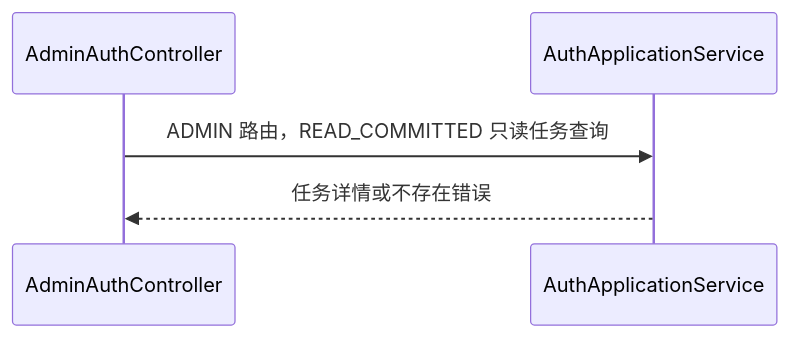
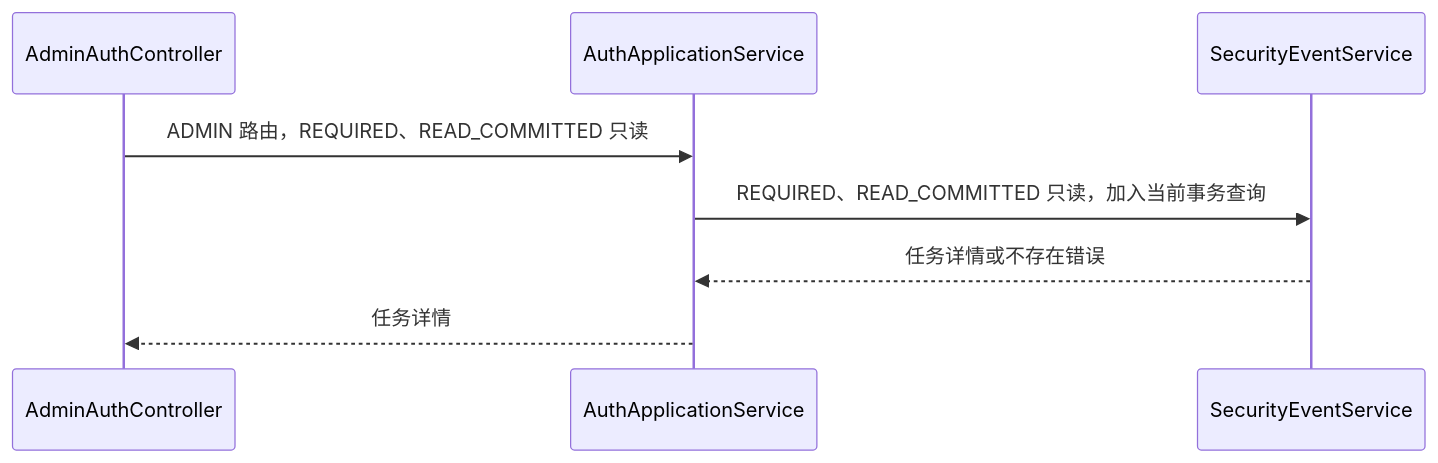
One commit to Kylinlixd/suno changed diagram 20 of 33 in docs/requirements/operations.md. Above: the diagram before and after it, drawn with Mermaid. The commit also changed other lines of this file and 2 other files, not shown here.

Commit message:
docs: clarify identity and operations transaction flows

````diff
--- a/docs/requirements/operations.md
+++ b/docs/requirements/operations.md
@@ -193,7 +214,10 @@
 ```mermaid
 sequenceDiagram
   participant C as AdminAuthController#getSecurityEventsExportTask
   participant A as AuthApplicationService#getSecurityExportTask
-  C->>A: ADMIN 路由，READ_COMMITTED 只读任务查询
-  A-->>C: 任务详情或不存在错误
+  participant S as SecurityEventService#getSecurityExportTask
+  C->>A: ADMIN 路由，REQUIRED、READ_COMMITTED 只读
+  A->>S: REQUIRED、READ_COMMITTED 只读，加入当前事务查询
+  S-->>A: 任务详情或不存在错误
+  A-->>C: 任务详情
 ```
````
